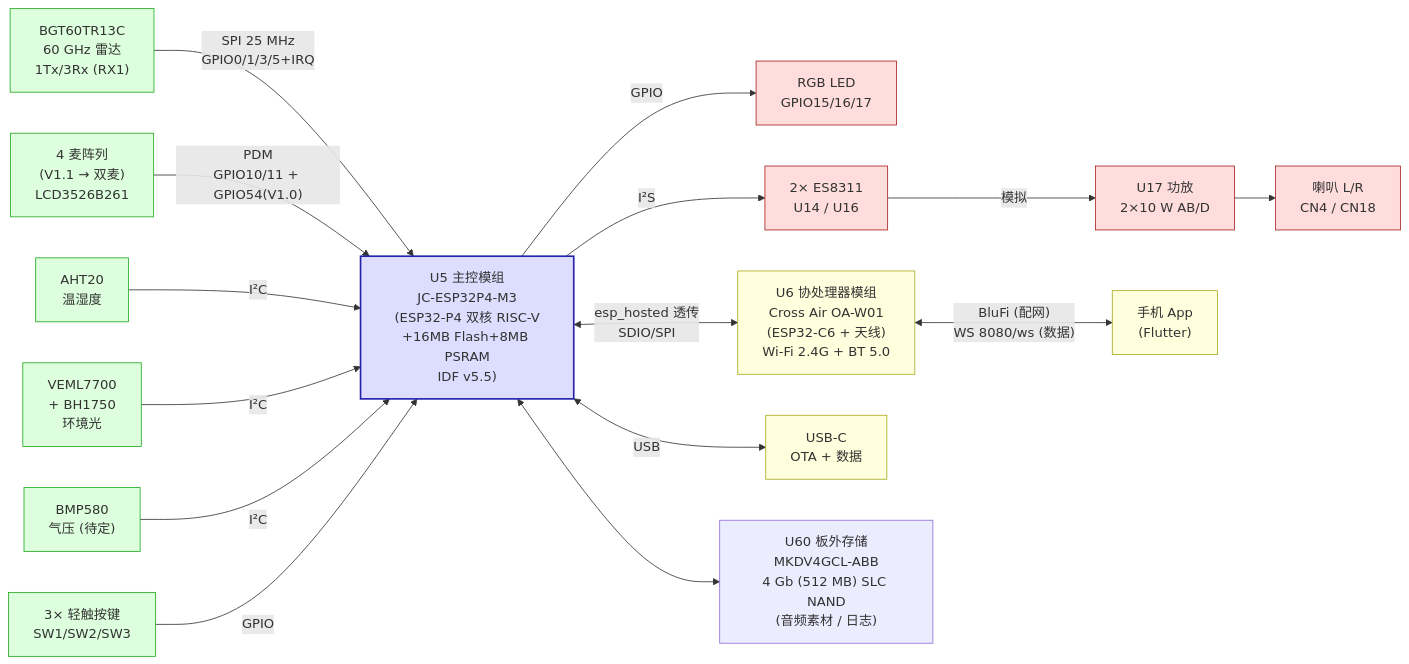
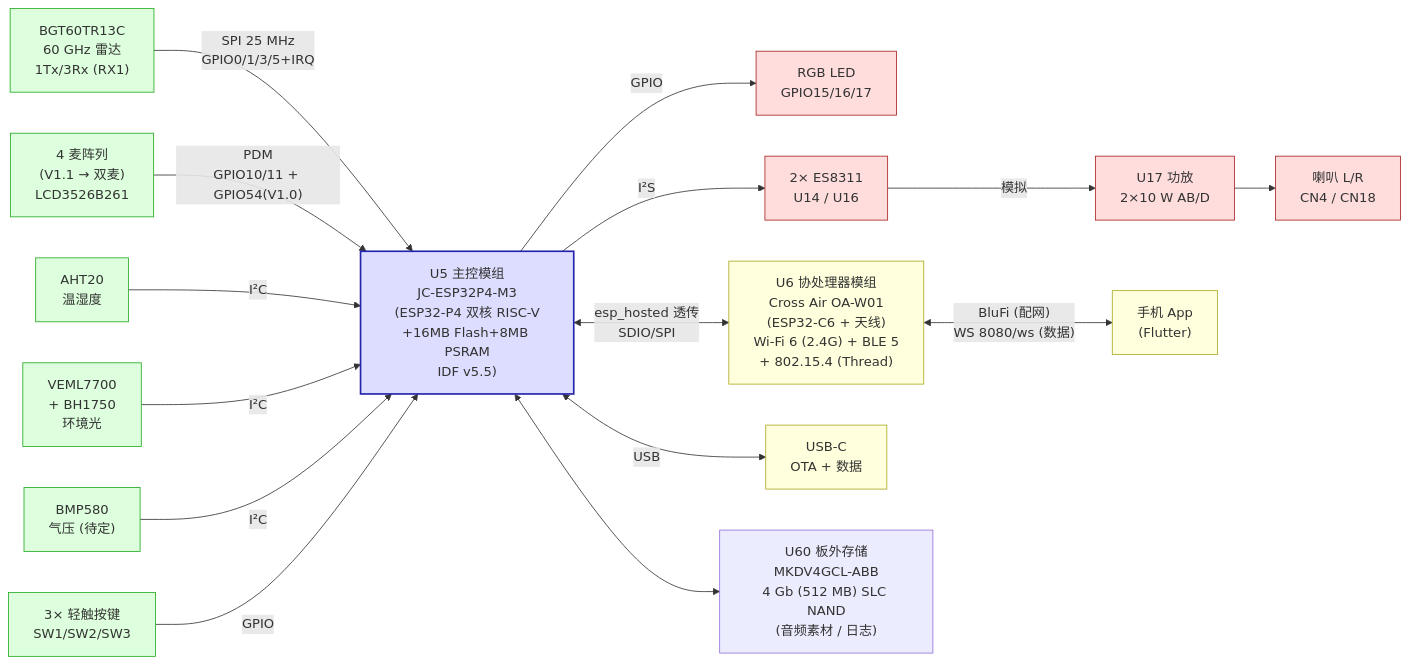
The first of 4 diagrams in doc/hardware/system-block-diagram.md (ad0233/Infineon_test), drawn with Mermaid before and after one commit. The commit also changed 5 other files, not shown here.

````diff
--- a/doc/hardware/system-block-diagram.md
+++ b/doc/hardware/system-block-diagram.md
@@ -11,58 +11,58 @@
 ```mermaid
 flowchart LR
     %% 输入侧
     Radar["BGT60TR13C<br/>60 GHz 雷达<br/>1Tx/3Rx (RX1)"]
     MIC["4 麦阵列<br/>(V1.1 → 双麦)<br/>LCD3526B261"]
     AHT["AHT20<br/>温湿度"]
     VEML["VEML7700<br/>+ BH1750<br/>环境光"]
     BMP["BMP580<br/>气压 (待定)"]
     BTN["3× 轻触按键<br/>SW1/SW2/SW3"]
 
     %% 主控（P4 + C6 双芯）
     ESP["U5 主控模组<br/>JC-ESP32P4-M3<br/>(ESP32-P4 双核 RISC-V<br/>+16MB Flash+8MB PSRAM<br/>IDF v5.5)"]
 
     %% 输出侧
     LED["RGB LED<br/>GPIO15/16/17"]
     Codec["2× ES8311<br/>U14 / U16"]
     Amp["U17 功放<br/>2×10 W AB/D"]
     Spk["喇叭 L/R<br/>CN4 / CN18"]
 
     %% 通信
-    Wifi["U6 协处理器模组<br/>Cross Air OA-W01<br/>(ESP32-C6 + 天线)<br/>Wi-Fi 2.4G + BT 5.0"]
+    Wifi["U6 协处理器模组<br/>Cross Air OA-W01<br/>(ESP32-C6 + 天线)<br/>Wi-Fi 6 (2.4G) + BLE 5<br/>+ 802.15.4 (Thread)"]
     USBC["USB-C<br/>OTA + 数据"]
 
     %% 存储（板外，M3 模组内已含 16MB Flash + 8MB PSRAM）
     Flash["U60 板外存储<br/>MKDV4GCL-ABB<br/>4 Gb (512 MB) SLC NAND<br/>(音频素材 / 日志)"]
 
     Radar -- "SPI 25 MHz<br/>GPIO0/1/3/5+IRQ" --> ESP
     MIC -- "PDM<br/>GPIO10/11 + GPIO54(V1.0)" --> ESP
     AHT -- "I²C" --> ESP
     VEML -- "I²C" --> ESP
     BMP -- "I²C" --> ESP
     BTN -- "GPIO" --> ESP
 
     ESP -- "GPIO" --> LED
     ESP -- "I²S" --> Codec
     Codec -- "模拟" --> Amp
     Amp --> Spk
 
     ESP <-- "esp_hosted 透传<br/>SDIO/SPI" --> Wifi
     ESP <-- "USB" --> USBC
 
     ESP <--> Flash
 
     %% App 侧
     App["手机 App<br/>(Flutter)"]
     Wifi <-- "BluFi (配网)<br/>WS 8080/ws (数据)" --> App
 
     %% 样式
     classDef sensor fill:#dfd,stroke:#2a2;
     classDef output fill:#fdd,stroke:#a22;
     classDef core fill:#ddf,stroke:#22a,stroke-width:2px;
     classDef comm fill:#ffd,stroke:#aa2;
 
     class Radar,MIC,AHT,VEML,BMP,BTN sensor;
     class LED,Codec,Amp,Spk output;
     class ESP core;
     class Wifi,USBC,App comm;
 ```
````
